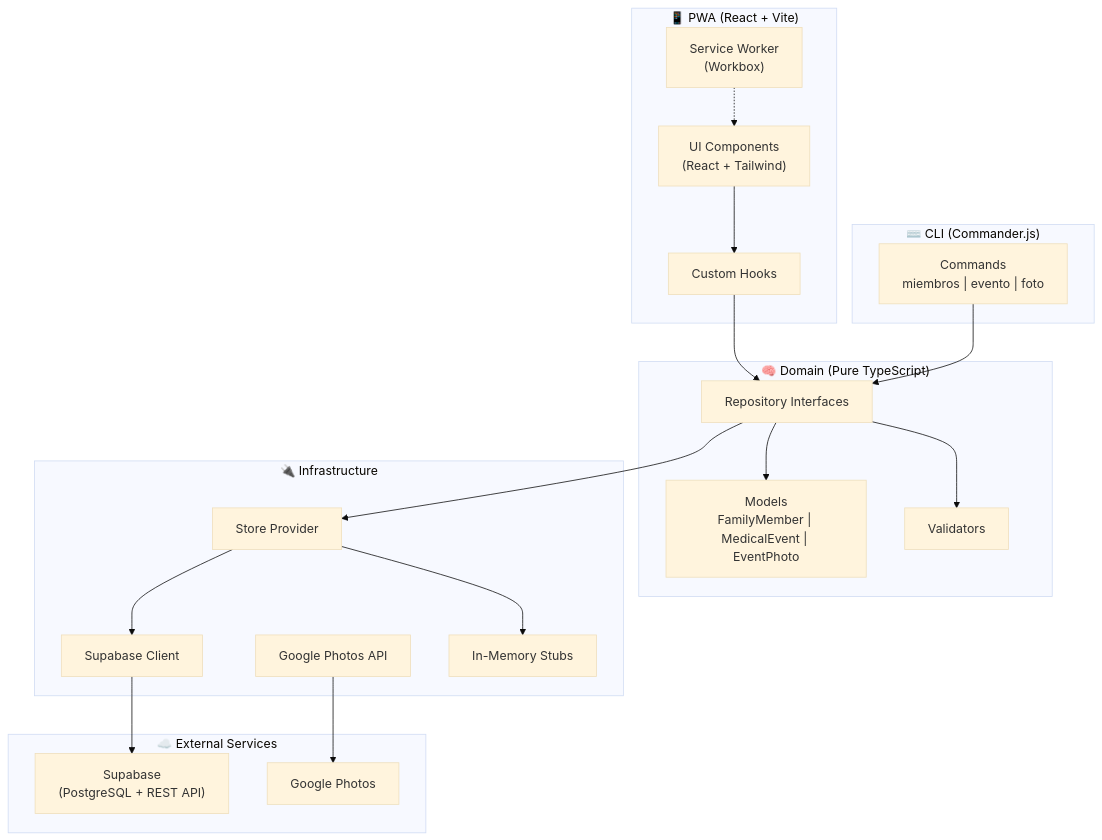
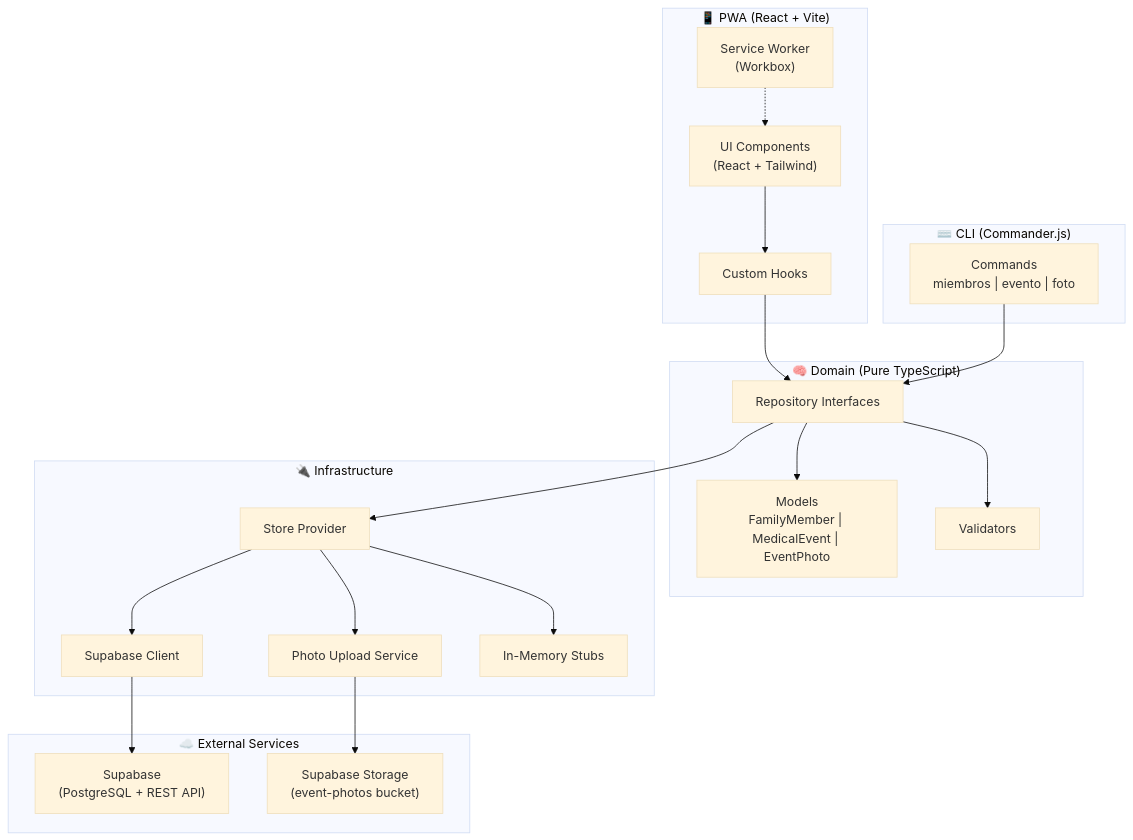
The diagram in docs/system-diagram.md (alejandroechev/medical-data-app), drawn with Mermaid (base theme) before and after one commit. The commit also changed other lines of this file and 1 other file, not shown here.

Commit message:
docs: Add ADR-002 (Supabase Storage) + update system diagram
- ADR-002: Document decision to replace Google Photos with Supabase Storage
- Update system diagram: remove Google Photos, add Photo Upload Service + Supabase Storage

````diff
--- a/docs/system-diagram.md
+++ b/docs/system-diagram.md
@@ -3,42 +3,43 @@
 ```mermaid
 graph TB
     subgraph Client["📱 PWA (React + Vite)"]
         UI["UI Components<br/>(React + Tailwind)"]
         Hooks["Custom Hooks"]
         SW["Service Worker<br/>(Workbox)"]
     end
 
     subgraph Domain["🧠 Domain (Pure TypeScript)"]
         Models["Models<br/>FamilyMember | MedicalEvent | EventPhoto"]
         Validators["Validators"]
         Services["Repository Interfaces"]
     end
 
     subgraph CLI["⌨️ CLI (Commander.js)"]
         Commands["Commands<br/>miembros | evento | foto"]
     end
 
     subgraph Infra["🔌 Infrastructure"]
+        StoreProvider["Store Provider"]
         SupaClient["Supabase Client"]
-        GoogleAPI["Google Photos API"]
+        PhotoStorage["Photo Upload Service"]
         InMemory["In-Memory Stubs"]
-        StoreProvider["Store Provider"]
     end
 
     subgraph External["☁️ External Services"]
-        Supabase["Supabase<br/>(PostgreSQL + REST API)"]
-        GooglePhotos["Google Photos"]
+        SupabaseDB["Supabase<br/>(PostgreSQL + REST API)"]
+        SupabaseStorage["Supabase Storage<br/>(event-photos bucket)"]
     end
 
     UI --> Hooks
     Hooks --> Services
     Commands --> Services
     Services --> Validators
     Services --> Models
     Services --> StoreProvider
     StoreProvider --> SupaClient
+    StoreProvider --> PhotoStorage
     StoreProvider --> InMemory
-    SupaClient --> Supabase
-    GoogleAPI --> GooglePhotos
+    SupaClient --> SupabaseDB
+    PhotoStorage --> SupabaseStorage
     SW -.-> UI
 ```
````
